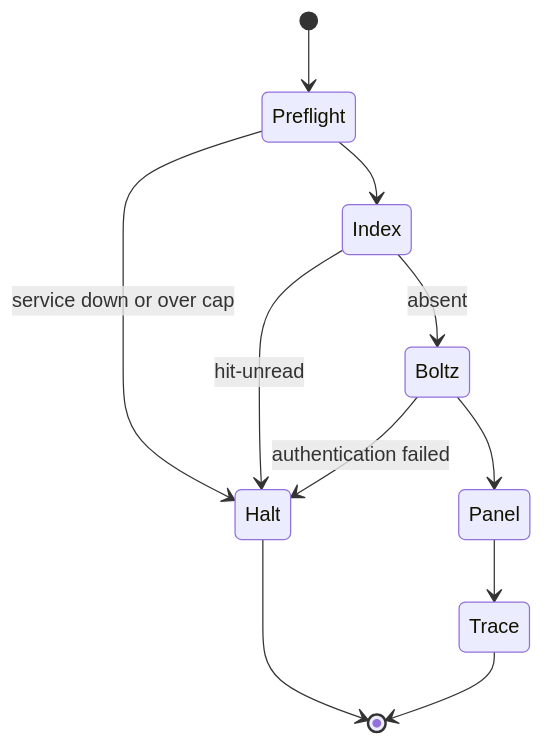
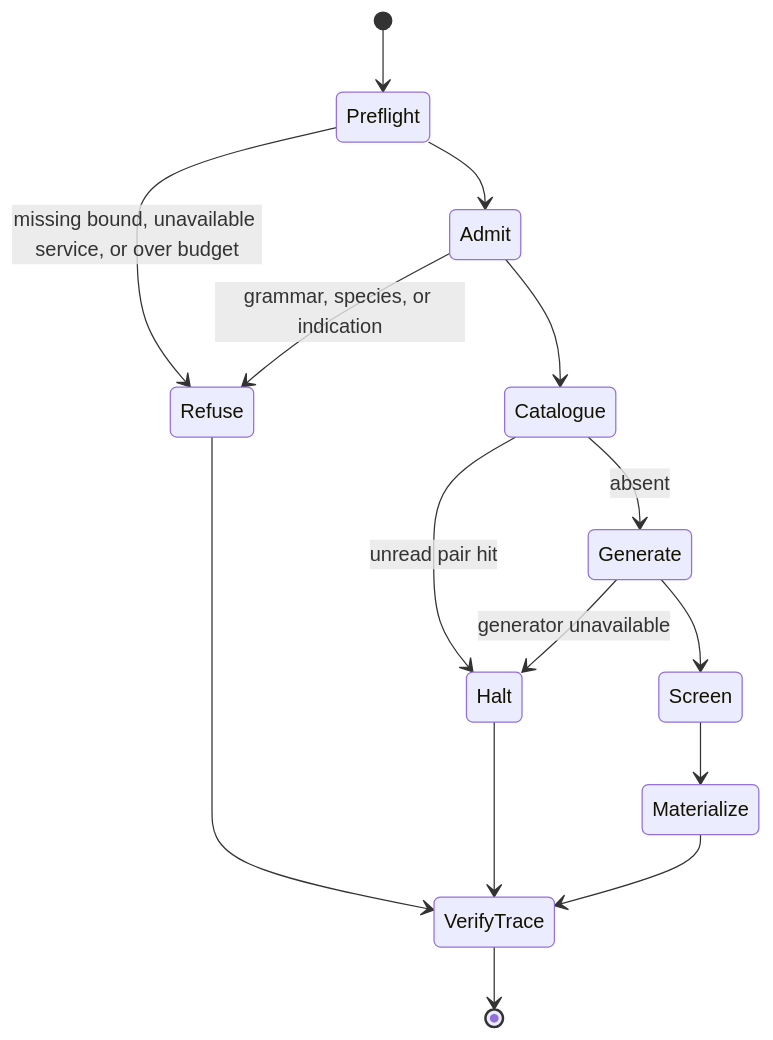
One commit to wetware-hq/catalog changed the diagram in systems/run-campaign.md. Above: the diagram before and after it, drawn with Mermaid. The commit also changed other lines of this file and 10 other files, not shown here.

````diff
--- a/systems/run-campaign.md
+++ b/systems/run-campaign.md
@@ -65,13 +75,17 @@
 ```mermaid
 stateDiagram-v2
-[*] --> Preflight
-Preflight --> Halt: service down or over cap
-Preflight --> Index
-Index --> Halt: hit-unread
-Index --> Boltz: absent
-Boltz --> Halt: authentication failed
-Boltz --> Panel
-Panel --> Trace
-Trace --> [*]
-Halt --> [*]
+    [*] --> Preflight
+    Preflight --> Refuse: missing bound, unavailable service, or over budget
+    Preflight --> Admit
+    Admit --> Refuse: grammar, species, or indication
+    Admit --> Catalogue
+    Catalogue --> Halt: unread pair hit
+    Catalogue --> Generate: absent
+    Generate --> Halt: generator unavailable
+    Generate --> Screen
+    Screen --> Materialize
+    Materialize --> VerifyTrace
+    VerifyTrace --> [*]
+    Halt --> VerifyTrace
+    Refuse --> VerifyTrace
 ```
````
